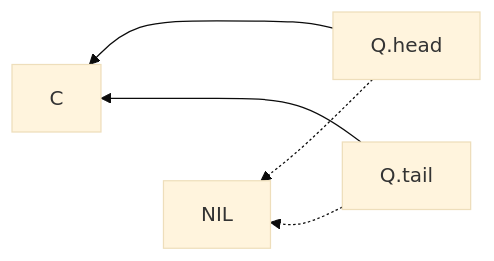
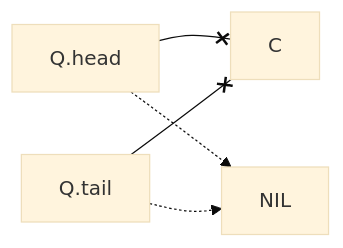
Before and after one commit to Eurydia/notes-singularity: diagram 14 of 15 in Computer science/Data structures/Queue.md, drawn with Mermaid (base theme). The commit also changed other lines of this file and 4 other files, not shown here.

````diff
--- a/Computer science/Data structures/Queue.md
+++ b/Computer science/Data structures/Queue.md
@@ -132,6 +130,5 @@
 	```mermaid
-	flowchart RL
-		Q.head & Q.tail-.->NIL
-		Q.head & Q.tail-->C
-		NIL~~~C
+	flowchart LR
+		Q.head & Q.tail--xC
+		Q.head & Q.tail-.-> NIL
 	```
````
